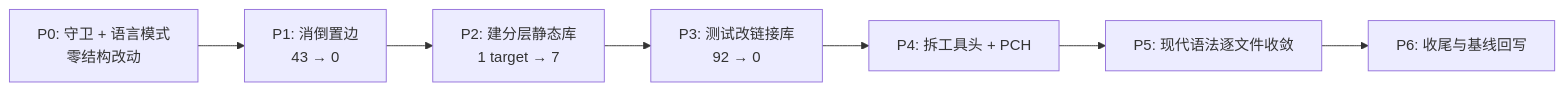
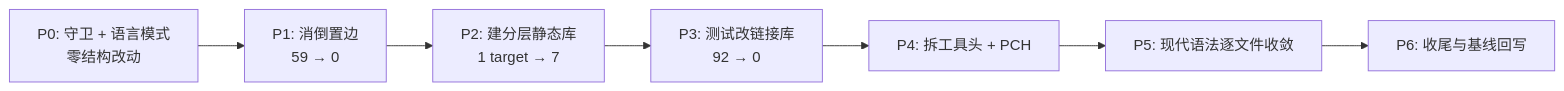
One commit to melody0709/zencrop changed the diagram in .plan/refactor/zencrop-cxx23-architecture-plan.md. Above: the diagram before and after it, drawn with Mermaid. The commit also changed other lines of this file and 29 other files, not shown here.

````diff
--- a/.plan/refactor/zencrop-cxx23-architecture-plan.md
+++ b/.plan/refactor/zencrop-cxx23-architecture-plan.md
@@ -401,9 +432,9 @@
 ```mermaid
 graph LR
-    P0[P0: 守卫 + 语言模式<br/>零结构改动] --> P1[P1: 消倒置边<br/>43 → 0]
+    P0[P0: 守卫 + 语言模式<br/>零结构改动] --> P1[P1: 消倒置边<br/>59 → 0]
     P1 --> P2[P2: 建分层静态库<br/>1 target → 7]
     P2 --> P3[P3: 测试改链接库<br/>92 → 0]
     P3 --> P4[P4: 拆工具头 + PCH]
     P4 --> P5[P5: 现代语法逐文件收敛]
     P5 --> P6[P6: 收尾与基线回写]
 ```
````
